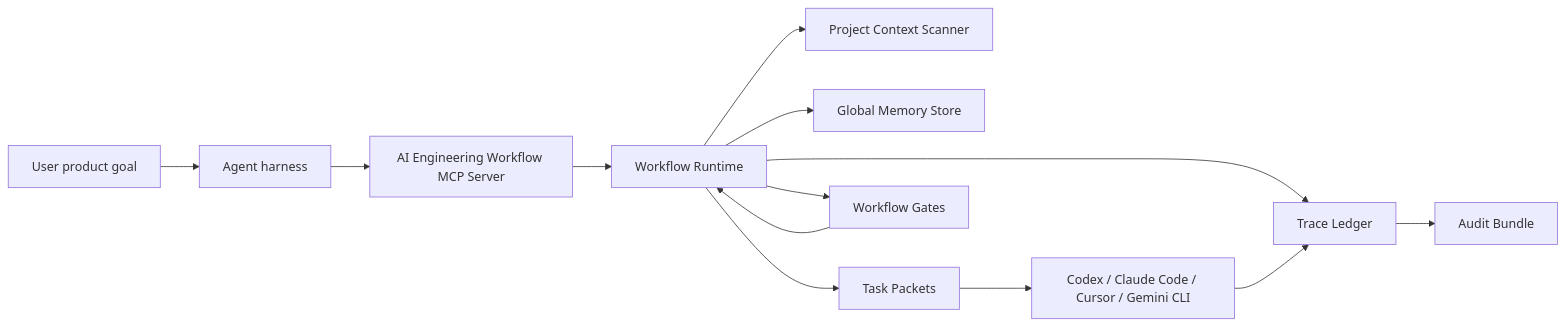
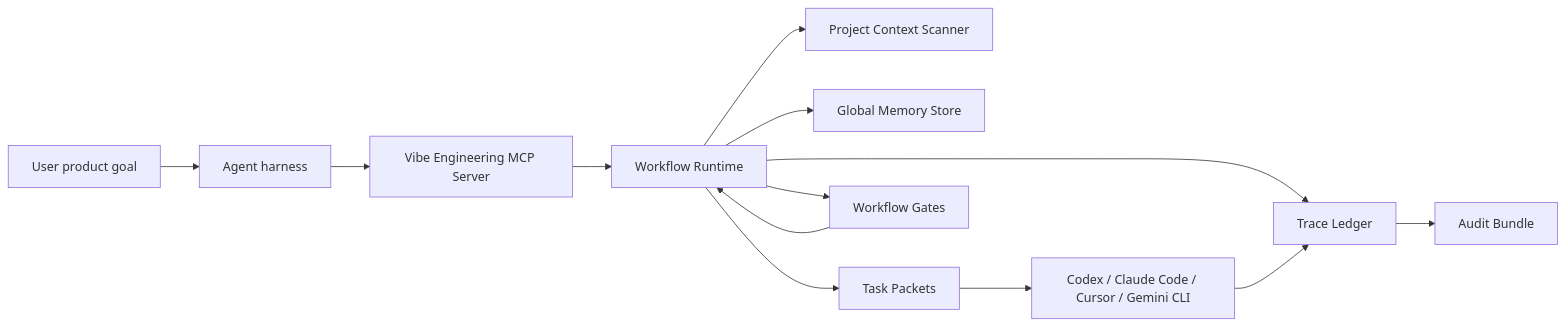
The diagram in docs/architecture.md (PercivalLin/ai-engineering-workflow), drawn with Mermaid before and after one commit. The commit also changed other lines of this file and 36 other files, not shown here.

Commit message:
Rename project to Vibe Engineering

````diff
--- a/docs/architecture.md
+++ b/docs/architecture.md
@@ -7,15 +7,15 @@
 ```mermaid
 flowchart LR
   User["User product goal"] --> Agent["Agent harness"]
-  Agent --> MCP["AI Engineering Workflow MCP Server"]
+  Agent --> MCP["Vibe Engineering MCP Server"]
   MCP --> Runtime["Workflow Runtime"]
   Runtime --> Context["Project Context Scanner"]
   Runtime --> Memory["Global Memory Store"]
   Runtime --> Trace["Trace Ledger"]
   Runtime --> Packets["Task Packets"]
   Packets --> External["Codex / Claude Code / Cursor / Gemini CLI"]
   External --> Trace
   Runtime --> Gates["Workflow Gates"]
   Gates --> Runtime
   Trace --> Audit["Audit Bundle"]
 ```
````
